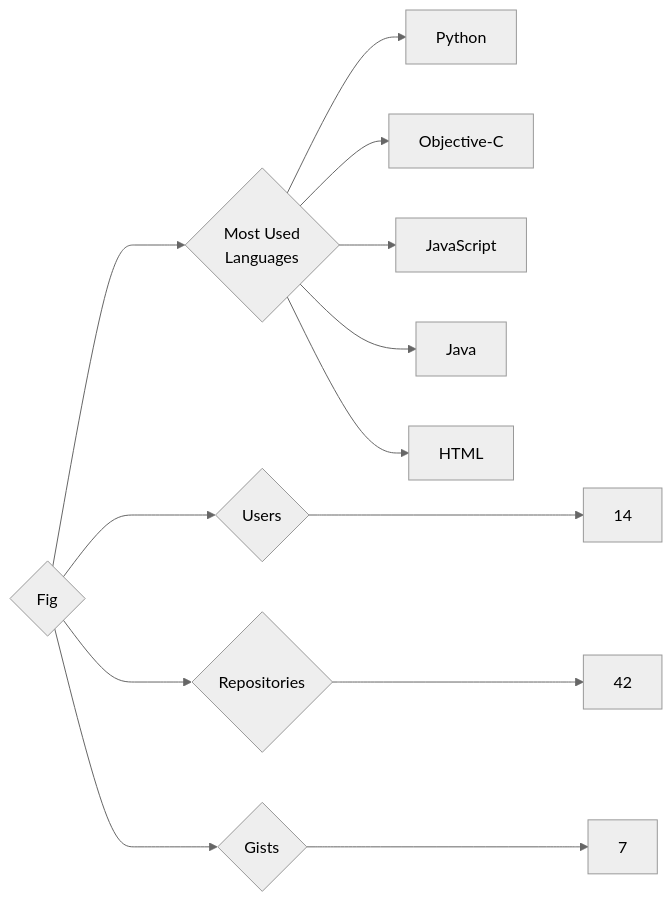
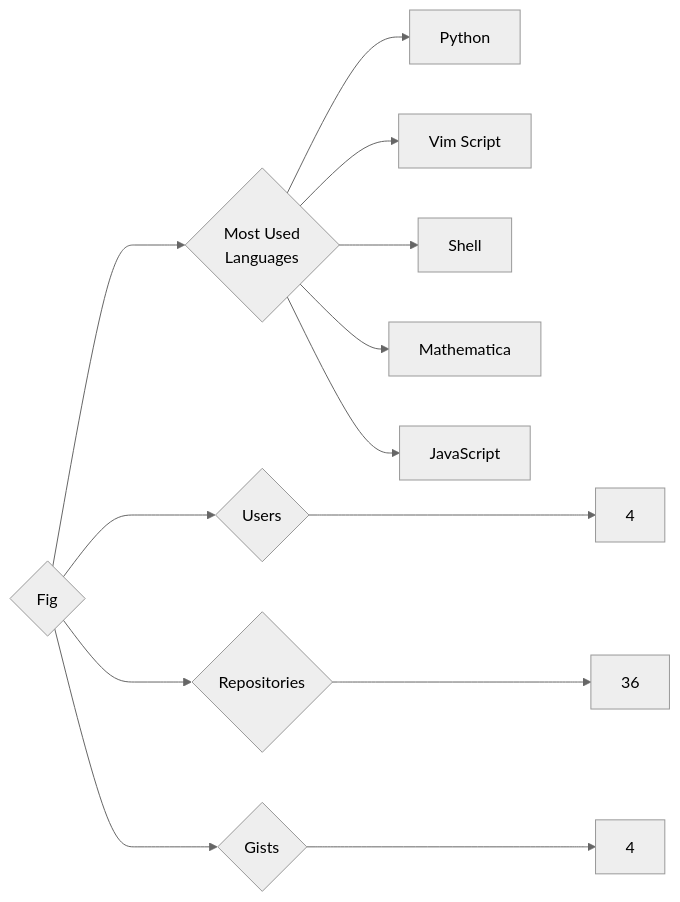
Before and after one commit to trickest/insiders: the diagram in targets/Fig/README.md, drawn with Mermaid (neutral theme). The commit also changed 611 other files, not shown here.

````diff
--- a/targets/Fig/README.md
+++ b/targets/Fig/README.md
@@ -3,13 +3,13 @@
 ```mermaid
 graph LR
 COMPANY_NAME{Fig}
-COMPANY_NAME ---> U{Users} ---> UN[14]
-COMPANY_NAME ---> R{Repositories} ---> RN[42]
-COMPANY_NAME ---> G{Gists} ---> GN[7]
+COMPANY_NAME ---> U{Users} ---> UN[4]
+COMPANY_NAME ---> R{Repositories} ---> RN[36]
+COMPANY_NAME ---> G{Gists} ---> GN[4]
 COMPANY_NAME ---> ML{Most Used<br>Languages}
 ML --> Python[Python]
-ML --> Objective-C[Objective-C]
+ML --> Vim_Script[Vim Script]
+ML --> Shell[Shell]
+ML --> Mathematica[Mathematica]
 ML --> JavaScript[JavaScript]
-ML --> Java[Java]
-ML --> HTML[HTML]
 ```
````
